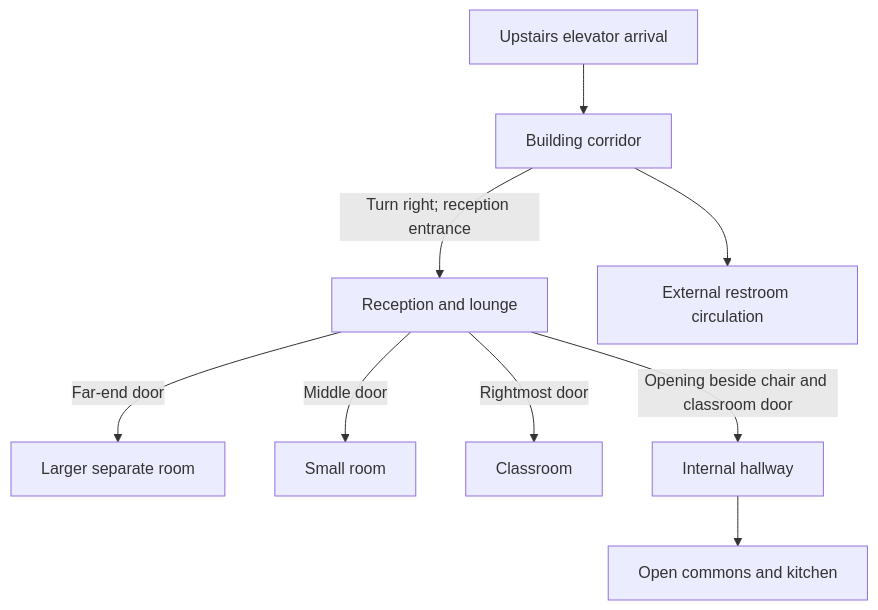
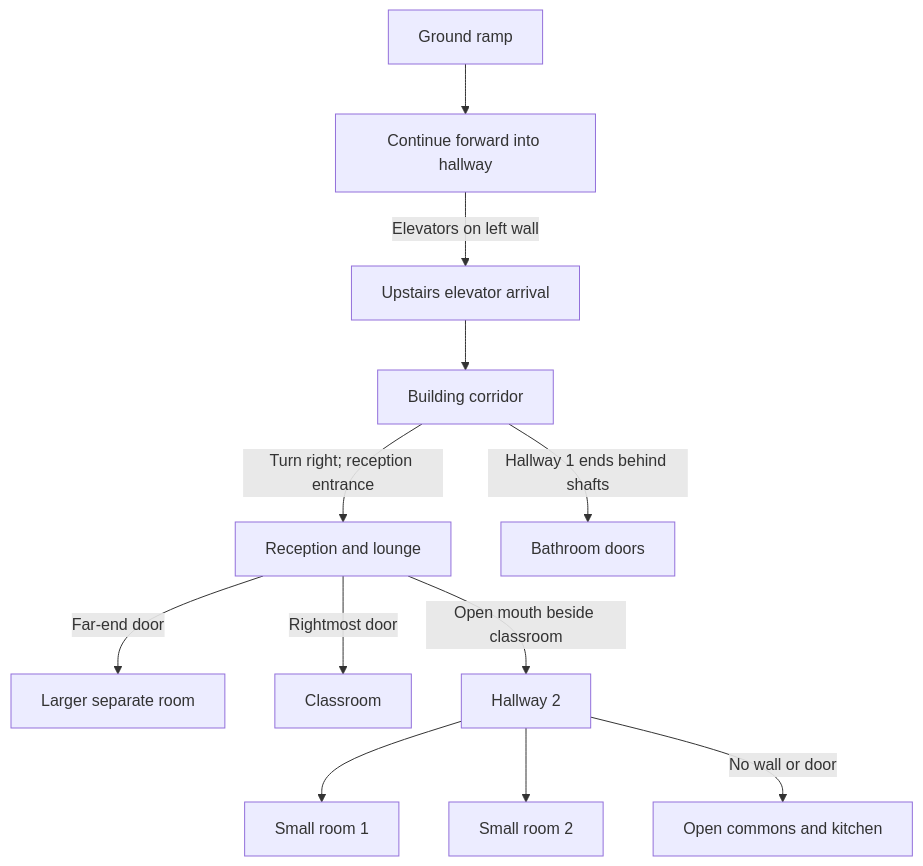
Before and after one commit to D-Stukes/pursuit-game-multi-agent-system: the diagram in Docs/Building-Review.md, drawn with Mermaid. The commit also changed other lines of this file and 23 other files, not shown here.

Commit message:
fix: restore approved blueprint and ramp elevator hallway

````diff
--- a/Docs/Building-Review.md
+++ b/Docs/Building-Review.md
@@ -83,11 +92,14 @@
 ```mermaid
 flowchart TD
-    Lift[Upstairs elevator arrival] --> Landing[Building corridor]
+    Ramp[Ground ramp] --> Forward[Continue forward into hallway]
+    Forward -->|Elevators on left wall| Lift[Upstairs elevator arrival]
+    Lift --> Landing[Building corridor]
     Landing -->|Turn right; reception entrance| Reception[Reception and lounge]
-    Landing --> Restrooms[External restroom circulation]
+    Landing -->|Hallway 1 ends behind shafts| Restrooms[Bathroom doors]
     Reception -->|Far-end door| Large[Larger separate room]
-    Reception -->|Middle door| Small[Small room]
     Reception -->|Rightmost door| Class[Classroom]
-    Reception -->|Opening beside chair and classroom door| Hall[Internal hallway]
-    Hall --> Commons[Open commons and kitchen]
+    Reception -->|Open mouth beside classroom| Hall[Hallway 2]
+    Hall --> Small1[Small room 1]
+    Hall --> Small2[Small room 2]
+    Hall -->|No wall or door| Commons[Open commons and kitchen]
 ```
````
